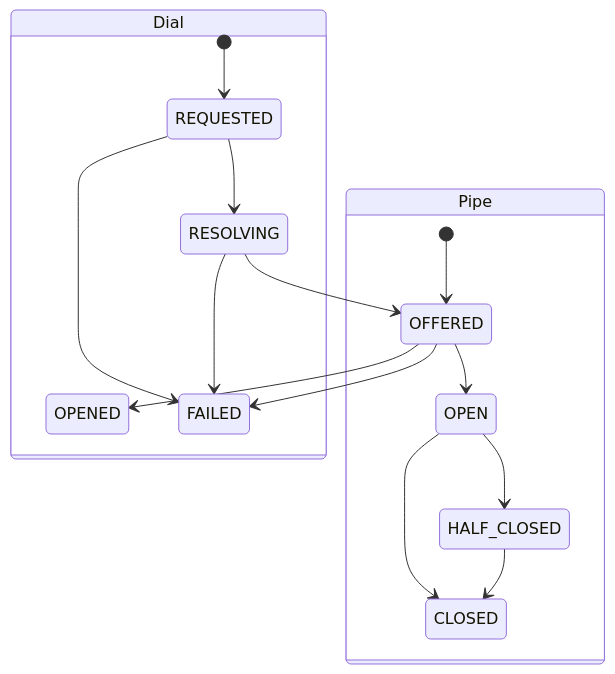
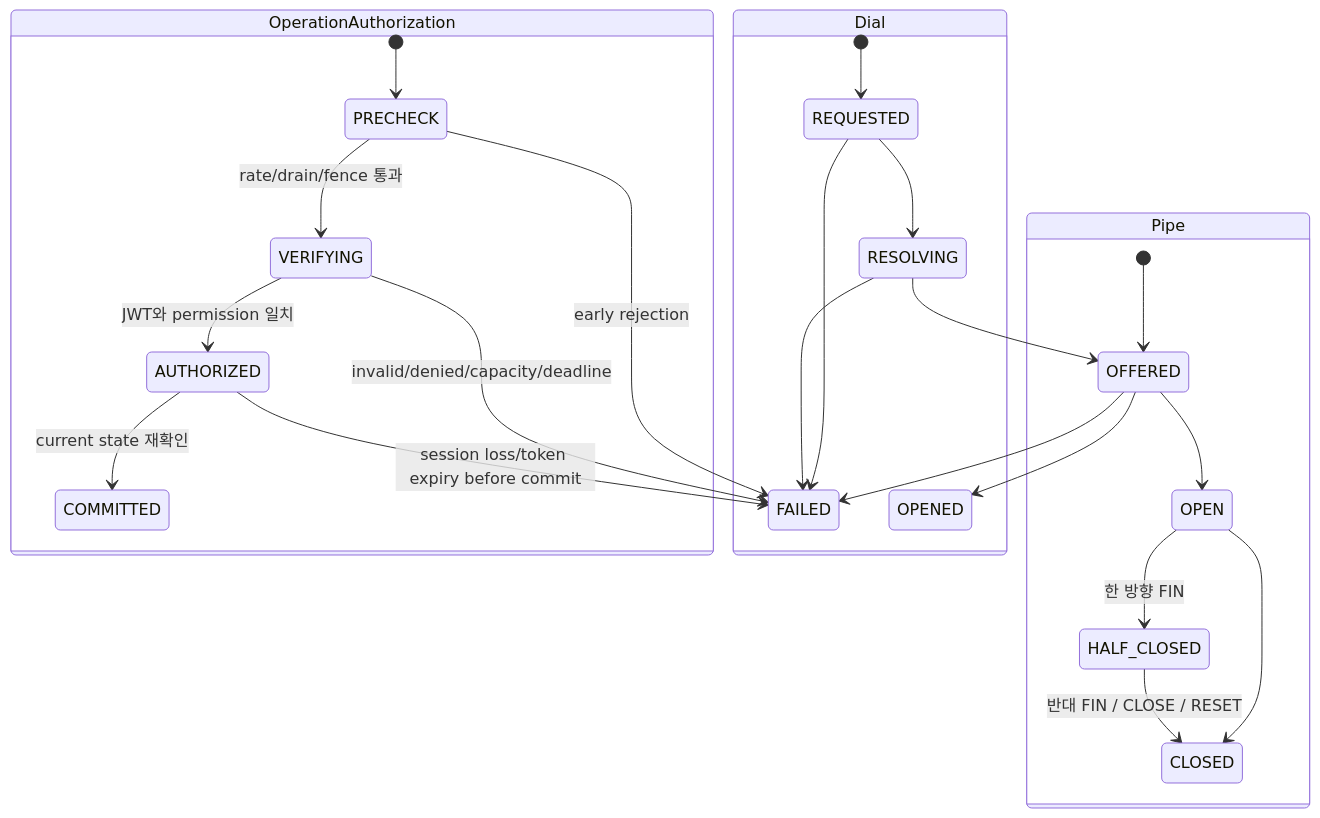
One commit to cagojeiger/relaygate changed the second of 3 diagrams in docs/spec/007-error-and-state-model.md. Above: the diagram before and after it, drawn with Mermaid. The commit also changed other lines of this file and 190 other files, not shown here.

````diff
--- a/docs/spec/007-error-and-state-model.md
+++ b/docs/spec/007-error-and-state-model.md
@@ -65,19 +70,28 @@
 ```mermaid
 stateDiagram-v2
+    state OperationAuthorization {
+        [*] --> PRECHECK
+        PRECHECK --> VERIFYING: rate/drain/fence 통과
+        PRECHECK --> FAILED: early rejection
+        VERIFYING --> AUTHORIZED: JWT와 permission 일치
+        VERIFYING --> FAILED: invalid/denied/capacity/deadline
+        AUTHORIZED --> COMMITTED: current state 재확인
+        AUTHORIZED --> FAILED: session loss/token expiry before commit
+    }
     state Dial {
         [*] --> REQUESTED
         REQUESTED --> RESOLVING
         RESOLVING --> OFFERED
         OFFERED --> OPENED
         REQUESTED --> FAILED
         RESOLVING --> FAILED
         OFFERED --> FAILED
     }
     state Pipe {
         [*] --> OFFERED
         OFFERED --> OPEN
-        OPEN --> HALF_CLOSED
+        OPEN --> HALF_CLOSED: 한 방향 FIN
         OPEN --> CLOSED
-        HALF_CLOSED --> CLOSED
+        HALF_CLOSED --> CLOSED: 반대 FIN / CLOSE / RESET
     }
 ```
````
